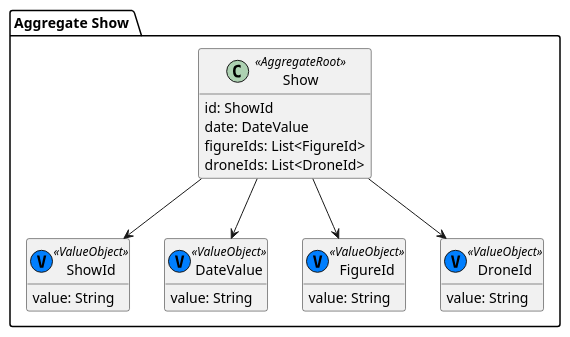
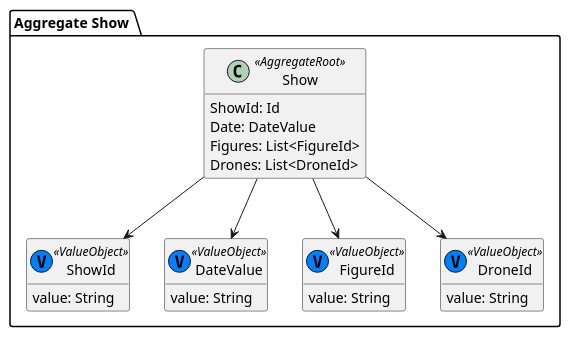
One commit to HenriqueSilva18/Drone-Show-Management-System changed the diagram in docs/us_110/subDomains/domains/aggregate_show.puml. Above: the diagram before and after it, drawn with PlantUML. The commit also changed 10 other files, not shown here.

```diff
--- a/docs/us_110/subDomains/domains/aggregate_show.puml
+++ b/docs/us_110/subDomains/domains/aggregate_show.puml
@@ -1,37 +1,37 @@
 @startuml
 hide methods
 
 package "Aggregate Show " {
 
     ' Agregado Show (Aggregate Root)
     class Show <<AggregateRoot>> {
-        id: ShowId
-        date: DateValue
-        figureIds: List<FigureId>
-        droneIds: List<DroneId>
+        ShowId: Id
+        Date: DateValue
+        Figures: List<FigureId>
+        Drones: List<DroneId>
     }
 
     ' Value Objects relacionados
     class ShowId <<(V, #007fff) ValueObject>> {
         value: String
     }
 
     class DateValue <<(V, #007fff) ValueObject>> {
         value: String
     }
 
     class FigureId <<(V, #007fff) ValueObject>> {
         value: String
     }
 
     class DroneId <<(V, #007fff) ValueObject>> {
         value: String
     }
 
     ' Ligações
     Show --> ShowId
     Show --> DateValue
     Show --> FigureId
     Show --> DroneId
 }
 @enduml
```
